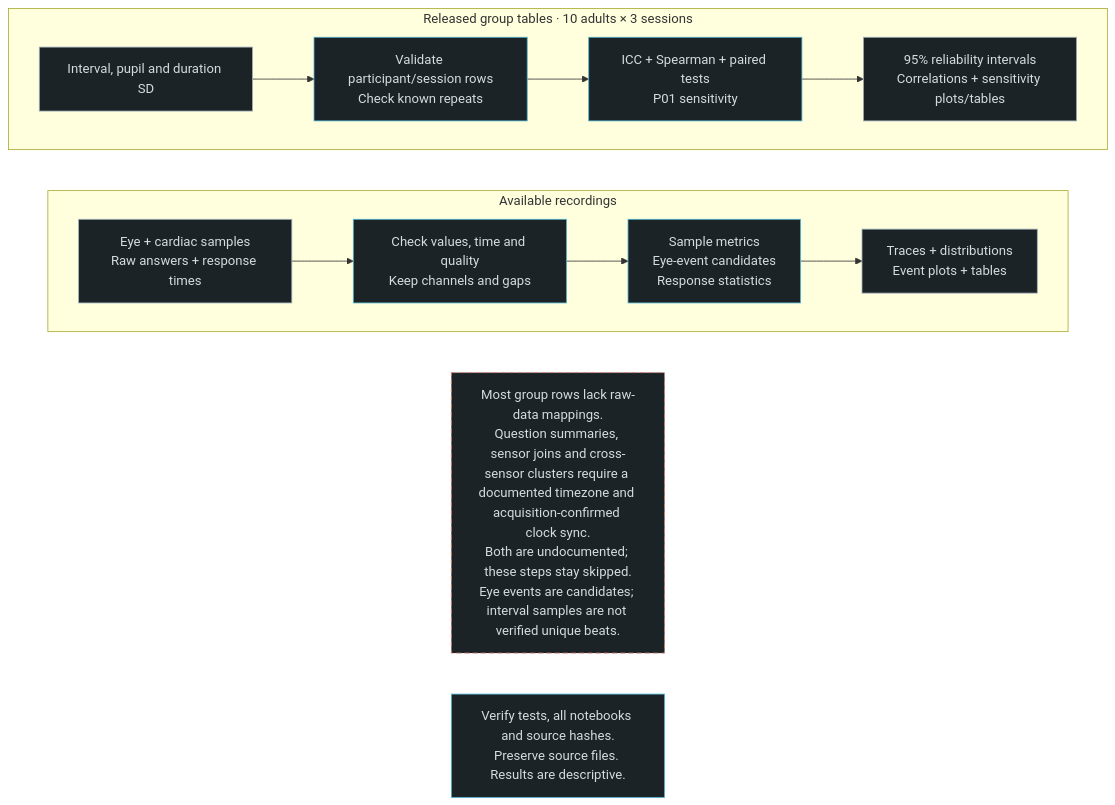
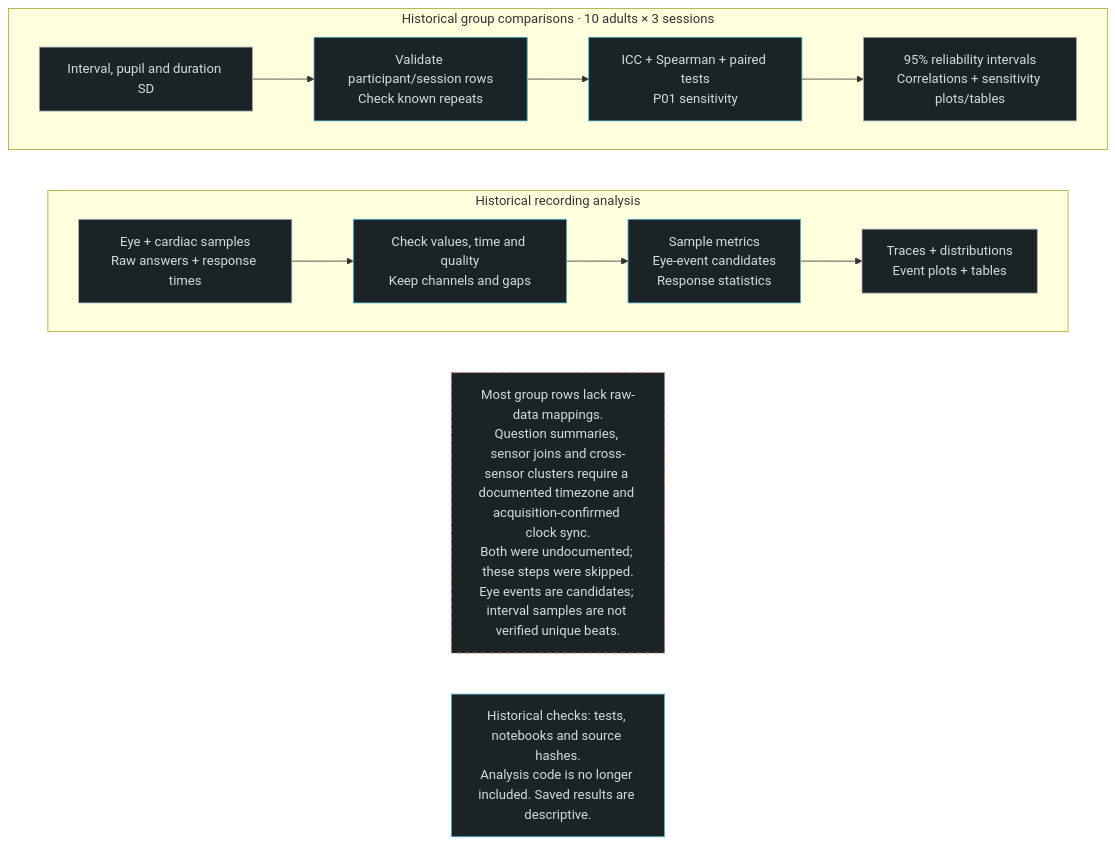
One commit to urmeo/multimodal-multisensor changed the diagram in design/pipeline.mmd. Above: the diagram before and after it, drawn with Mermaid. The commit also changed 52 other files, not shown here.

```diff
--- a/design/pipeline.mmd
+++ b/design/pipeline.mmd
@@ -1,21 +1,21 @@
 flowchart LR
-  subgraph recordings["Available recordings"]
+  subgraph recordings["Historical recording analysis"]
     direction LR
     R["Eye + cardiac samples<br/>Raw answers + response times"] --> RC["Check values, time and quality<br/>Keep channels and gaps"]
     RC --> RA["Sample metrics<br/>Eye-event candidates<br/>Response statistics"]
     RA --> RO["Traces + distributions<br/>Event plots + tables"]
   end
-  subgraph group["Released group tables · 10 adults × 3 sessions"]
+  subgraph group["Historical group comparisons · 10 adults × 3 sessions"]
     direction LR
     G["Interval, pupil and duration SD"] --> GC["Validate participant/session rows<br/>Check known repeats"]
     GC --> GA["ICC + Spearman + paired tests<br/>P01 sensitivity"]
     GA --> GO["95% reliability intervals<br/>Correlations + sensitivity plots/tables"]
   end
-  LIMIT["Most group rows lack raw-data mappings.<br/>Question summaries, sensor joins and cross-sensor clusters require a documented timezone and acquisition-confirmed clock sync.<br/>Both are undocumented; these steps stay skipped.<br/>Eye events are candidates; interval samples are not verified unique beats."]
-  VERIFY["Verify tests, all notebooks and source hashes.<br/>Preserve source files. Results are descriptive."]
+  LIMIT["Most group rows lack raw-data mappings.<br/>Question summaries, sensor joins and cross-sensor clusters require a documented timezone and acquisition-confirmed clock sync.<br/>Both were undocumented; these steps were skipped.<br/>Eye events are candidates; interval samples are not verified unique beats."]
+  VERIFY["Historical checks: tests, notebooks and source hashes.<br/>Analysis code is no longer included. Saved results are descriptive."]
   classDef input fill:#1b2327,stroke:#9eafb8,color:#d5dce0;
   classDef analysis fill:#1b2327,stroke:#50b4d0,color:#d5dce0;
   classDef limit fill:#1b2327,stroke:#d97d70,color:#d5dce0,stroke-dasharray:6 4;
   class R,G,RO,GO input;
   class RC,RA,GC,GA,VERIFY analysis;
   class LIMIT limit;
```
